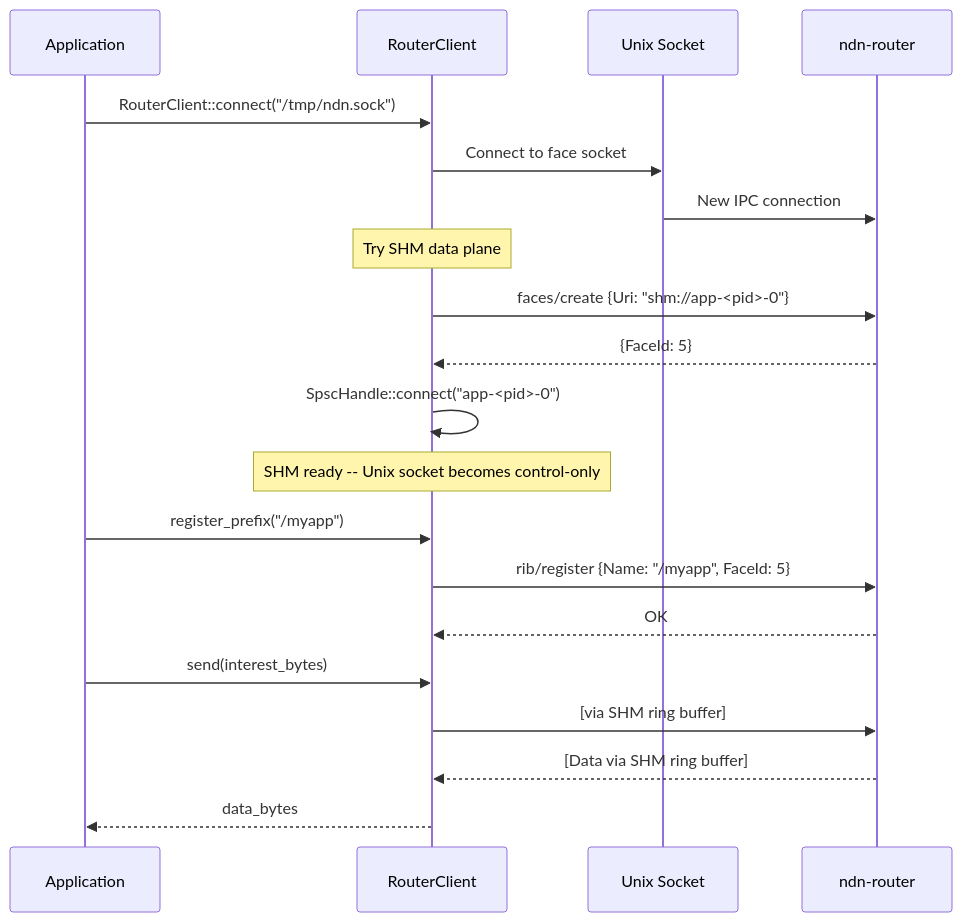
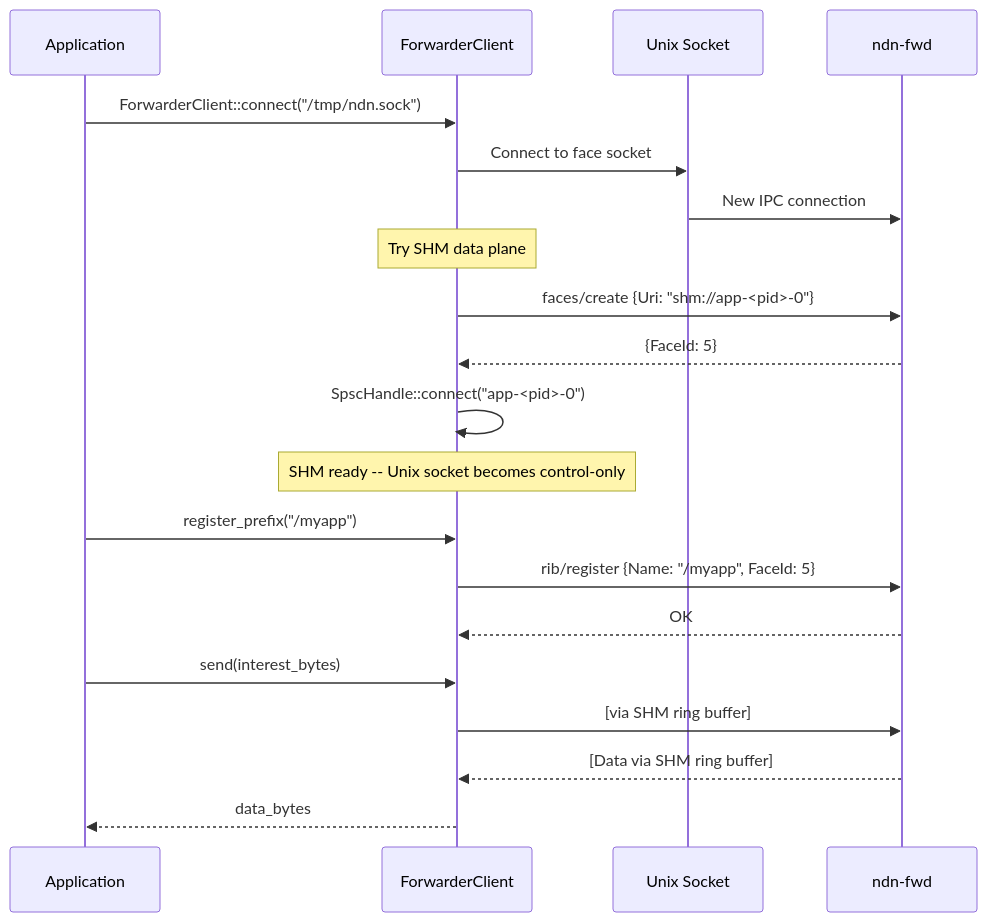
The third of 3 diagrams in docs/wiki/src/deep-dive/ipc-transport.md (Quarmire/ndn-rs), drawn with Mermaid before and after one commit. The commit also changed other lines of this file and 29 other files, not shown here.

First line of the commit message:
docs: update ARCHITECTURE.md, wiki, and CHANGELOG for v0.1.0

````diff
--- a/docs/wiki/src/deep-dive/ipc-transport.md
+++ b/docs/wiki/src/deep-dive/ipc-transport.md
@@ -107,27 +107,27 @@
 ```mermaid
 sequenceDiagram
     participant App as Application
-    participant RC as RouterClient
+    participant RC as ForwarderClient
     participant Sock as Unix Socket
-    participant Router as ndn-router
+    participant Router as ndn-fwd
 
-    App->>RC: RouterClient::connect("/tmp/ndn.sock")
+    App->>RC: ForwarderClient::connect("/tmp/ndn.sock")
     RC->>Sock: Connect to face socket
     Sock->>Router: New IPC connection
 
     Note over RC: Try SHM data plane
     RC->>Router: faces/create {Uri: "shm://app-<pid>-0"}
     Router-->>RC: {FaceId: 5}
     RC->>RC: SpscHandle::connect("app-<pid>-0")
 
     Note over RC: SHM ready -- Unix socket becomes control-only
 
     App->>RC: register_prefix("/myapp")
     RC->>Router: rib/register {Name: "/myapp", FaceId: 5}
     Router-->>RC: OK
 
     App->>RC: send(interest_bytes)
     RC->>Router: [via SHM ring buffer]
     Router-->>RC: [Data via SHM ring buffer]
     RC-->>App: data_bytes
 ```
````
